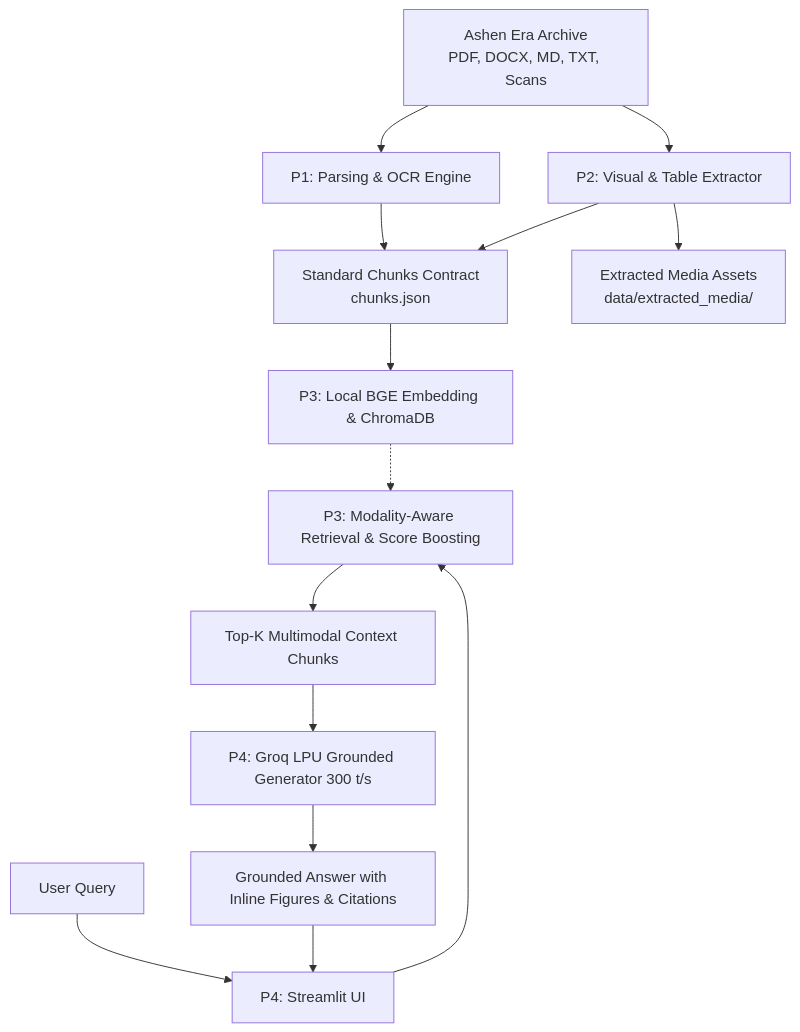
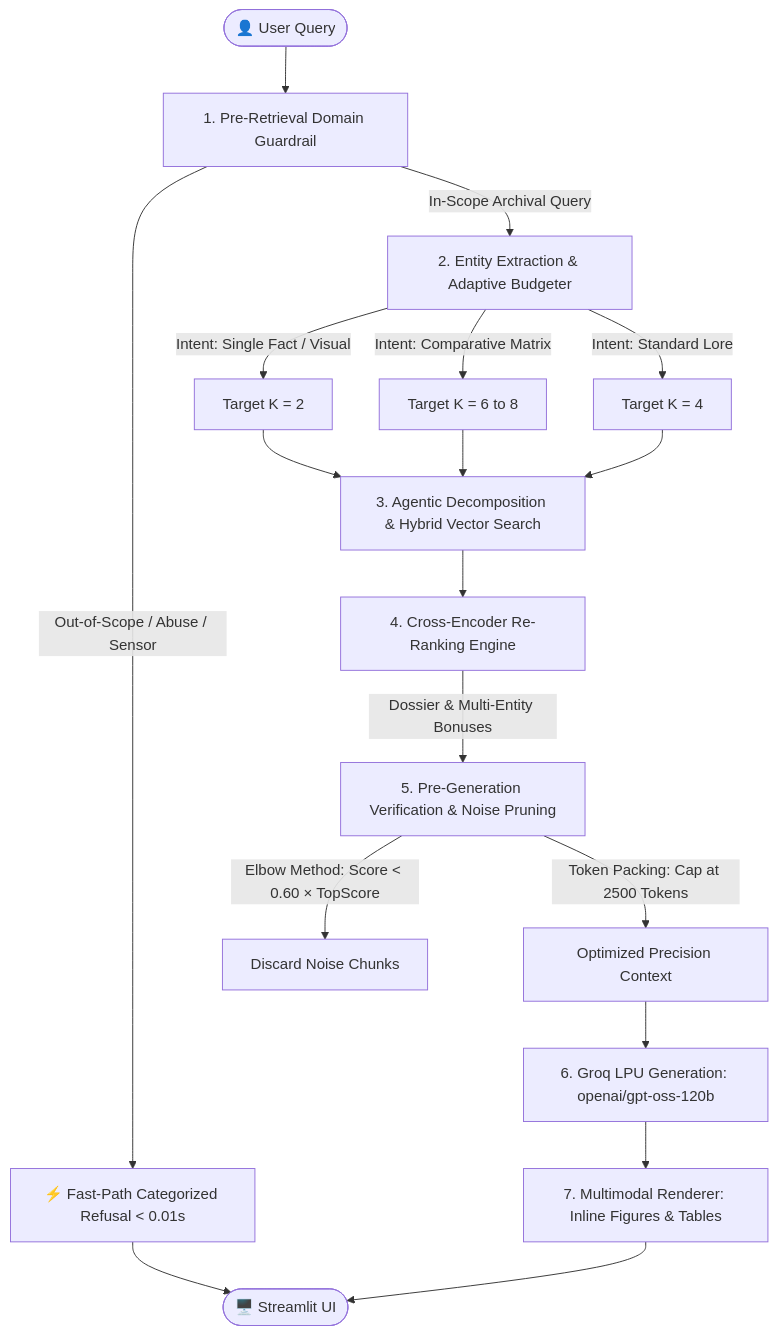
Before and after one commit to IT25101463/DeepThink: the diagram in README.md, drawn with Mermaid. The commit also changed other lines of this file and 25 other files, not shown here.

````diff
--- a/README.md
+++ b/README.md
@@ -40,20 +40,27 @@
 ```mermaid
-graph TD
-    A[Ashen Era Archive<br/>PDF, DOCX, MD, TXT, Scans] --> B1[P1: Parsing & OCR Engine]
-    A --> B2[P2: Visual & Table Extractor]
-    B1 --> C[Standard Chunks Contract<br/>chunks.json]
-    B2 --> C
-    B2 --> D[Extracted Media Assets<br/>data/extracted_media/]
-    
-    C --> E[P3: Local BGE Embedding & ChromaDB]
-    
-    F[User Query] --> G[P4: Streamlit UI]
-    G --> H[P3: Modality-Aware Retrieval & Score Boosting]
-    E -.-> H
-    
-    H --> I[Top-K Multimodal Context Chunks]
-    I --> J[P4: Groq LPU Grounded Generator 300 t/s]
-    
-    J --> K[Grounded Answer with Inline Figures & Citations]
-    K --> G
+flowchart TD
+    User([👤 User Query]) --> S1[1. Pre-Retrieval Domain Guardrail]
+
+    S1 -->|Out-of-Scope / Abuse / Sensor| FastPath[⚡ Fast-Path Categorized Refusal < 0.01s]
+    FastPath --> UI([🖥️ Streamlit UI])
+
+    S1 -->|In-Scope Archival Query| S2[2. Entity Extraction & Adaptive Budgeter]
+
+    S2 -->|Intent: Single Fact / Visual| K2[Target K = 2]
+    S2 -->|Intent: Comparative Matrix| K6[Target K = 6 to 8]
+    S2 -->|Intent: Standard Lore| K4[Target K = 4]
+
+    K2 & K6 & K4 --> S3[3. Agentic Decomposition & Hybrid Vector Search]
+
+    S3 --> S4[4. Cross-Encoder Re-Ranking Engine]
+
+    S4 -->|Dossier & Multi-Entity Bonuses| S5[5. Pre-Generation Verification & Noise Pruning]
+
+    S5 -->|Elbow Method: Score < 0.60 × TopScore| DropTrailing[Discard Noise Chunks]
+    S5 -->|Token Packing: Cap at 2500 Tokens| PackContext[Optimized Precision Context]
+
+    PackContext --> S6[6. Groq LPU Generation: openai/gpt-oss-120b]
+
+    S6 --> S7[7. Multimodal Renderer: Inline Figures & Tables]
+    S7 --> UI
 ```
````
